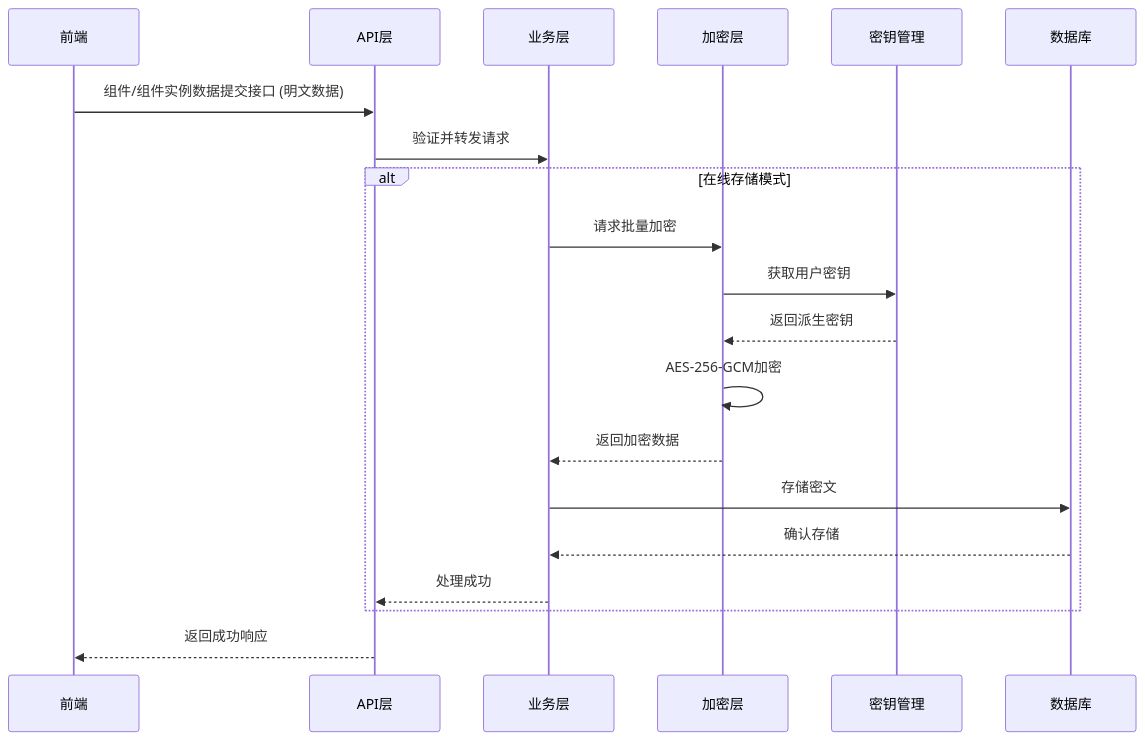
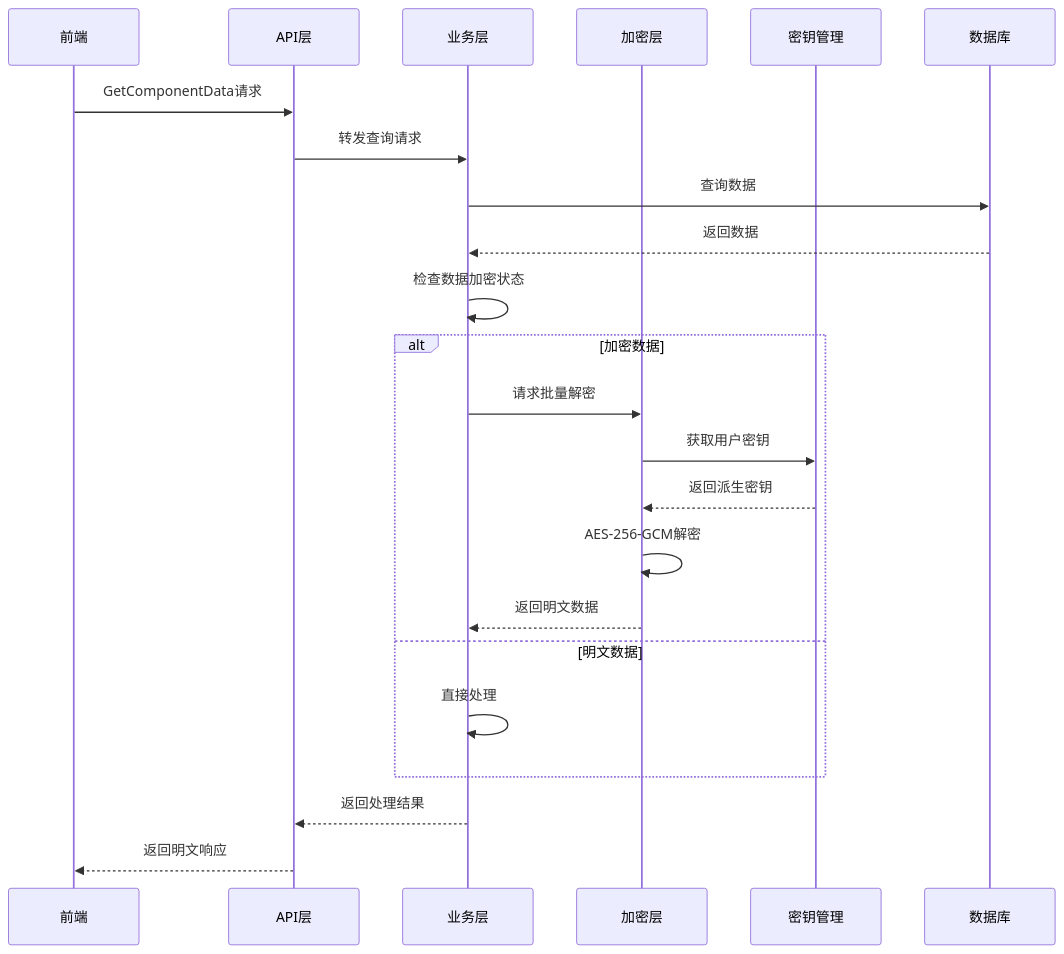
The diagram in all/未命名-1.md (yingjianzh/iodraw-files), drawn with Mermaid before and after one commit.

Commit message:
2025-09-01 16:05:36 update

````diff
--- a/all/未命名-1.md
+++ b/all/未命名-1.md
@@ -1,26 +1,29 @@
 ```mermaid
 sequenceDiagram
     participant F as 前端
     participant A as API层
     participant B as 业务层
     participant E as 加密层
     participant K as 密钥管理
     participant D as 数据库
     
-    F->>A: 组件/组件实例数据提交接口 (明文数据)
-    A->>B: 验证并转发请求
+    F->>A: GetComponentData请求
+    A->>B: 转发查询请求
+    B->>D: 查询数据
+    D-->>B: 返回数据
     
-    alt 在线存储模式
-        B->>E: 请求批量加密
+    B->>B: 检查数据加密状态
+    
+    alt 加密数据
+        B->>E: 请求批量解密
         E->>K: 获取用户密钥
         K-->>E: 返回派生密钥
-        E->>E: AES-256-GCM加密
-        E-->>B: 返回加密数据
-        B->>D: 存储密文
-        D-->>B: 确认存储
-        B-->>A: 处理成功
-   
+        E->>E: AES-256-GCM解密
+        E-->>B: 返回明文数据
+    else 明文数据
+        B->>B: 直接处理
     end
     
-    A-->>F: 返回成功响应
+    B-->>A: 返回处理结果
+    A-->>F: 返回明文响应
 ```
````
